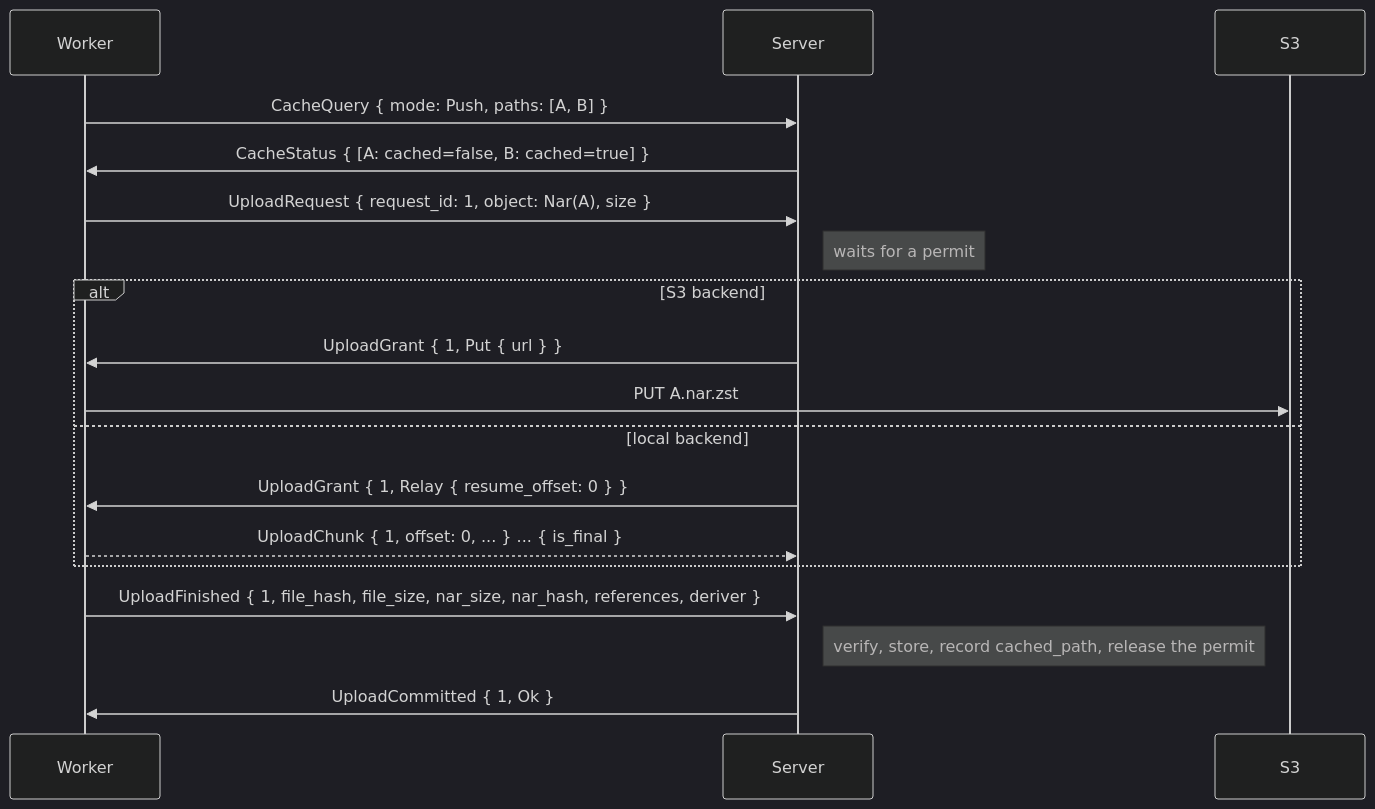
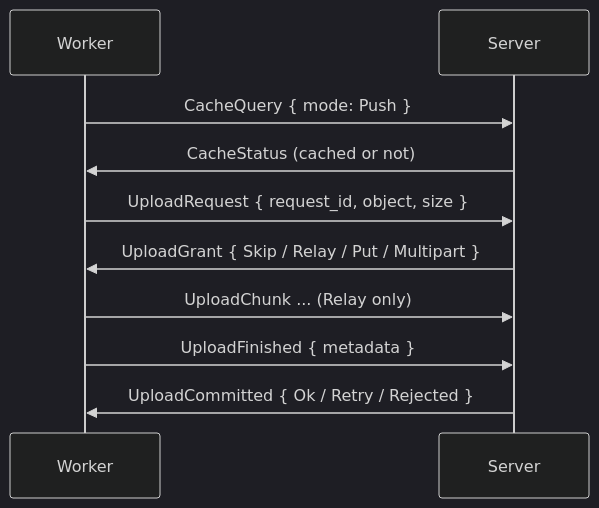
The diagram in docs/src/contributors/proto/transfer.md (wavelens/gradient), drawn with Mermaid (dark theme) before and after one commit. The commit also changed other lines of this file and 6 other files, not shown here.

````diff
--- a/docs/src/contributors/proto/transfer.md
+++ b/docs/src/contributors/proto/transfer.md
@@ -19,21 +7,12 @@
 ```mermaid
 sequenceDiagram
     participant W as Worker
     participant S as Server
-    participant S3 as S3
-
-    W->>S: CacheQuery { mode: Push, paths: [A, B] }
-    S->>W: CacheStatus { [A: cached=false, B: cached=true] }
-    W->>S: UploadRequest { request_id: 1, object: Nar(A), size }
-    Note right of S: waits for a permit
-    alt S3 backend
-        S->>W: UploadGrant { 1, Put { url } }
-        W->>S3: PUT A.nar.zst
-    else local backend
-        S->>W: UploadGrant { 1, Relay { resume_offset: 0 } }
-        W-->>S: UploadChunk { 1, offset: 0, ... } ... { is_final }
-    end
-    W->>S: UploadFinished { 1, file_hash, file_size, nar_size, nar_hash, references, deriver }
-    Note right of S: verify, store, record cached_path, release the permit
-    S->>W: UploadCommitted { 1, Ok }
+    W->>S: CacheQuery { mode: Push }
+    S->>W: CacheStatus (cached or not)
+    W->>S: UploadRequest { request_id, object, size }
+    S->>W: UploadGrant { Skip / Relay / Put / Multipart }
+    W->>S: UploadChunk ... (Relay only)
+    W->>S: UploadFinished { metadata }
+    S->>W: UploadCommitted { Ok / Retry / Rejected }
 ```
````
